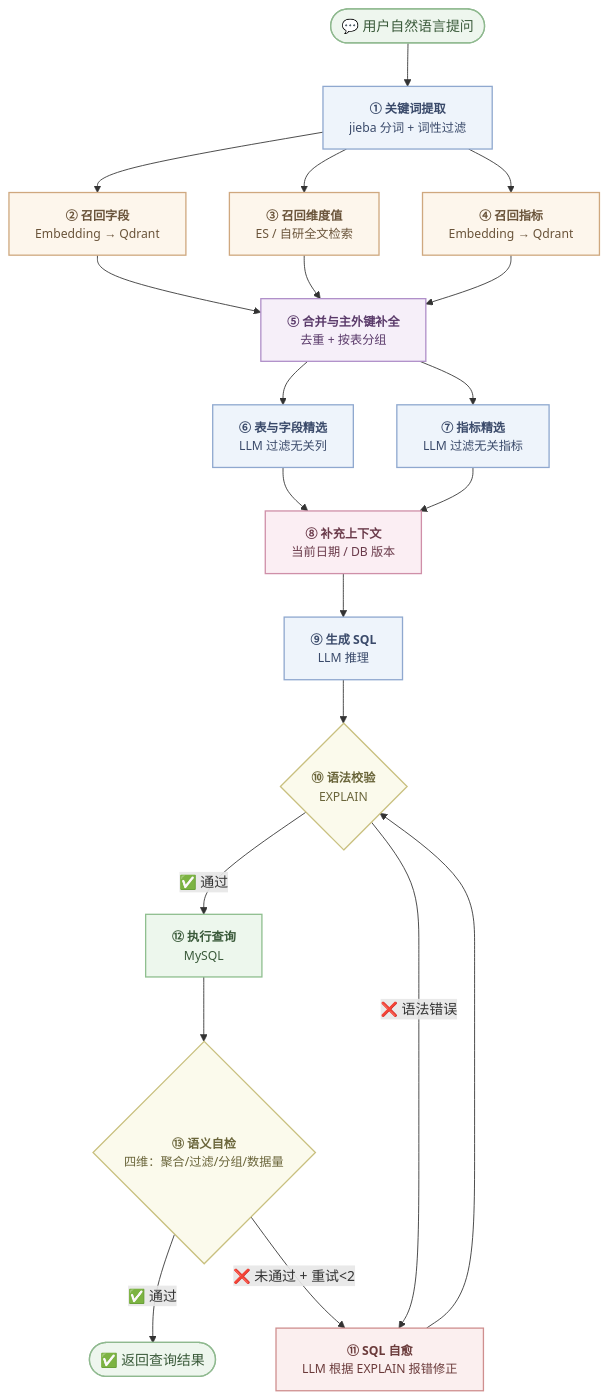
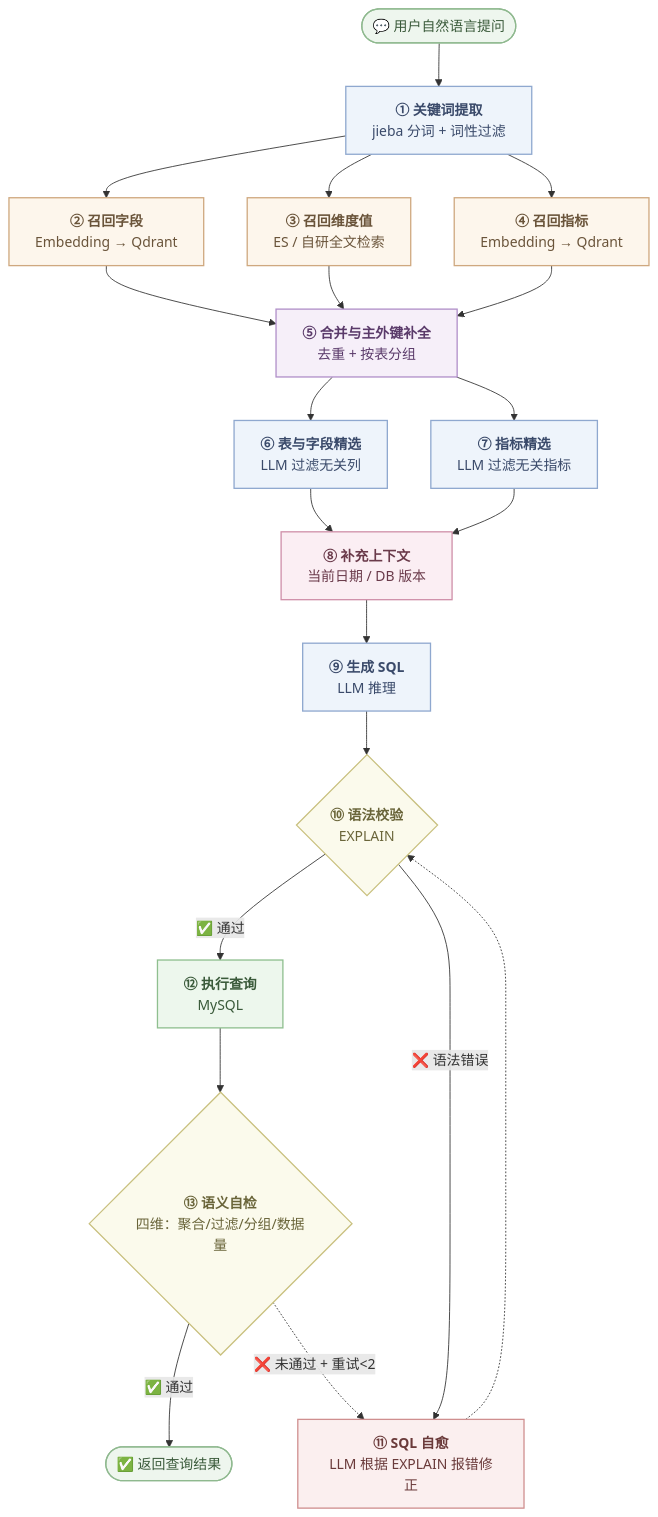
One commit to yj9407/RAG-ZhiDaFangZhou changed the first of 2 diagrams in README.md. Above: the diagram before and after it, drawn with Mermaid.

Commit message:
style: 回环改用虚线，让主链路更对称

````diff
--- a/README.md
+++ b/README.md
@@ -19,41 +19,41 @@
 ```mermaid
 graph TD
     START(["💬 用户自然语言提问"]):::startEnd
     START --> N1["<b>① 关键词提取</b><br/>jieba 分词 + 词性过滤"]:::llm
 
     N1 --> N2["<b>② 召回字段</b><br/>Embedding → Qdrant"]:::search
     N1 --> N3["<b>③ 召回维度值</b><br/>ES / 自研全文检索"]:::search
     N1 --> N4["<b>④ 召回指标</b><br/>Embedding → Qdrant"]:::search
 
     N2 --> N5["<b>⑤ 合并与主外键补全</b><br/>去重 + 按表分组"]:::merge
     N3 --> N5
     N4 --> N5
 
     N5 --> N6["<b>⑥ 表与字段精选</b><br/>LLM 过滤无关列"]:::llm
     N5 --> N7["<b>⑦ 指标精选</b><br/>LLM 过滤无关指标"]:::llm
 
     N6 --> N8["<b>⑧ 补充上下文</b><br/>当前日期 / DB 版本"]:::ctx
     N7 --> N8
 
     N8 --> N9["<b>⑨ 生成 SQL</b><br/>LLM 推理"]:::llm
 
     N9 --> N10{"<b>⑩ 语法校验</b><br/>EXPLAIN"}:::decision
 
     N10 -->|"✅ 通过"| N12["<b>⑫ 执行查询</b><br/>MySQL"]:::exec
     N10 -->|"❌ 语法错误"| N11["<b>⑪ SQL 自愈</b><br/>LLM 根据 EXPLAIN 报错修正"]:::fix
-    N11 --> N10
+    N11 -.-> N10
 
     N12 --> N13{"<b>⑬ 语义自检</b><br/>四维：聚合/过滤/分组/数据量"}:::decision
 
     N13 -->|"✅ 通过"| END(["✅ 返回查询结果"]):::startEnd
-    N13 -->|"❌ 未通过 + 重试&lt;2"| N11
+    N13 -.->|"❌ 未通过 + 重试&lt;2"| N11
 
-    classDef startEnd fill:#eef6ee,stroke:#8fb98f,stroke-width:1.5px,color:#3a5a3a,font-size:16px
-    classDef llm fill:#eef4fb,stroke:#8fa8cf,stroke-width:1.5px,color:#3a4a6a,font-size:14px
-    classDef search fill:#fdf6ec,stroke:#cfa87f,stroke-width:1.5px,color:#6a543a,font-size:14px
-    classDef merge fill:#f6eff9,stroke:#b08fc9,stroke-width:1.5px,color:#5a3a6a,font-size:14px
-    classDef ctx fill:#fbeef3,stroke:#cf8fa8,stroke-width:1.5px,color:#6a3a4a,font-size:14px
-    classDef decision fill:#fbfaec,stroke:#c9c07f,stroke-width:1.5px,color:#6a653a,font-size:14px
-    classDef exec fill:#edf7ed,stroke:#8fbf8f,stroke-width:1.5px,color:#3a5a3a,font-size:14px
-    classDef fix fill:#fbefef,stroke:#cf8f8f,stroke-width:1.5px,color:#6a3a3a,font-size:14px
+    classDef startEnd fill:#eef6ee,stroke:#8fb98f,stroke-width:1.5px,color:#3a5a3a
+    classDef llm fill:#eef4fb,stroke:#8fa8cf,stroke-width:1.5px,color:#3a4a6a
+    classDef search fill:#fdf6ec,stroke:#cfa87f,stroke-width:1.5px,color:#6a543a
+    classDef merge fill:#f6eff9,stroke:#b08fc9,stroke-width:1.5px,color:#5a3a6a
+    classDef ctx fill:#fbeef3,stroke:#cf8fa8,stroke-width:1.5px,color:#6a3a4a
+    classDef decision fill:#fbfaec,stroke:#c9c07f,stroke-width:1.5px,color:#6a653a
+    classDef exec fill:#edf7ed,stroke:#8fbf8f,stroke-width:1.5px,color:#3a5a3a
+    classDef fix fill:#fbefef,stroke:#cf8f8f,stroke-width:1.5px,color:#6a3a3a
 ```
````
